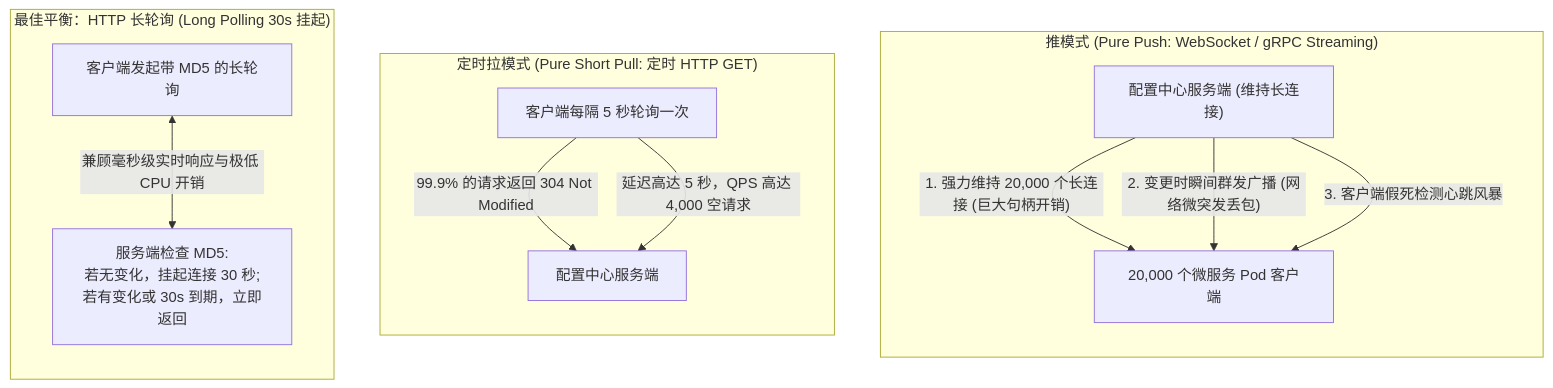
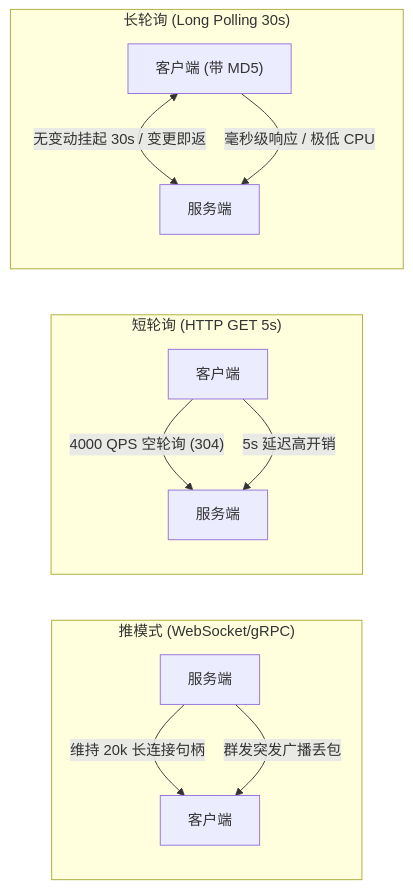
One commit to MoreConsequence/MoreConsequence.github.io changed the first of 4 diagrams in content/posts/interview-deep-dives/interview-59-distributed-config-center-system-design.md. Above: the diagram before and after it, drawn with Mermaid. The commit also changed other lines of this file and 835 other files, not shown here.

First line of the commit message:
feat(blog): 全站33篇新增深度专栏与博文全量审核上线及矢量图表优化

````diff
--- a/content/posts/interview-deep-dives/interview-59-distributed-config-center-system-design.md
+++ b/content/posts/interview-deep-dives/interview-59-distributed-config-center-system-design.md
@@ -37,26 +37,20 @@
 ```mermaid
-flowchart TD
-    subgraph PushModel["推模式 (Pure Push: WebSocket / gRPC Streaming)"]
+flowchart LR
+    subgraph PushModel["推模式 (WebSocket/gRPC)"]
         direction TB
-        Server1["配置中心服务端 (维持长连接)"]
-        Client1["20,000 个微服务 Pod 客户端"]
-        Server1 -->|"1. 强力维持 20,000 个长连接 (巨大句柄开销)"| Client1
-        Server1 -->|"2. 变更时瞬间群发广播 (网络微突发丢包)"| Client1
-        Server1 -->|"3. 客户端假死检测心跳风暴"| Client1
+        S1["服务端"] -->|"维持 20k 长连接句柄"| C1["客户端"]
+        S1 -->|"群发突发广播丢包"| C1
     end
 
-    subgraph PullModel["定时拉模式 (Pure Short Pull: 定时 HTTP GET)"]
+    subgraph PullModel["短轮询 (HTTP GET 5s)"]
         direction TB
-        Client2["客户端每隔 5 秒轮询一次"]
-        Server2["配置中心服务端"]
-        Client2 -->|"99.9% 的请求返回 304 Not Modified"| Server2
-        Client2 -->|"延迟高达 5 秒，QPS 高达 4,000 空请求"| Server2
+        C2["客户端"] -->|"4000 QPS 空轮询 (304)"| S2["服务端"]
+        C2 -->|"5s 延迟高开销"| S2
     end
 
-    subgraph LongPolling["最佳平衡：HTTP 长轮询 (Long Polling 30s 挂起)"]
+    subgraph LongPolling["长轮询 (Long Polling 30s)"]
         direction TB
-        Client3["客户端发起带 MD5 的长轮询"]
-        Server3["服务端检查 MD5:\n若无变化，挂起连接 30 秒;\n若有变化或 30s 到期，立即返回"]
-        Client3 <-->|"兼顾毫秒级实时响应与极低 CPU 开销"| Server3
+        C3["客户端 (带 MD5)"] <-->|"无变动挂起 30s / 变更即返"| S3["服务端"]
+        C3 -->|"毫秒级响应 / 极低 CPU"| S3
     end
 ```
````
